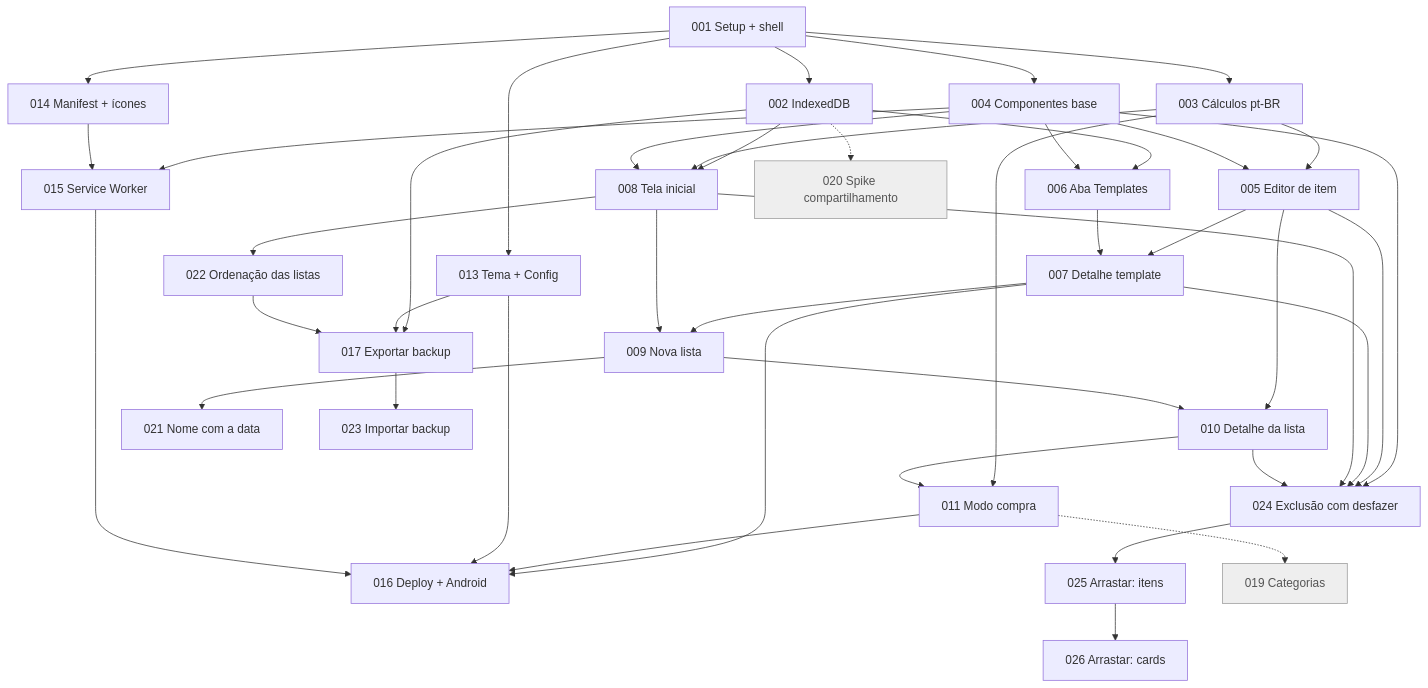
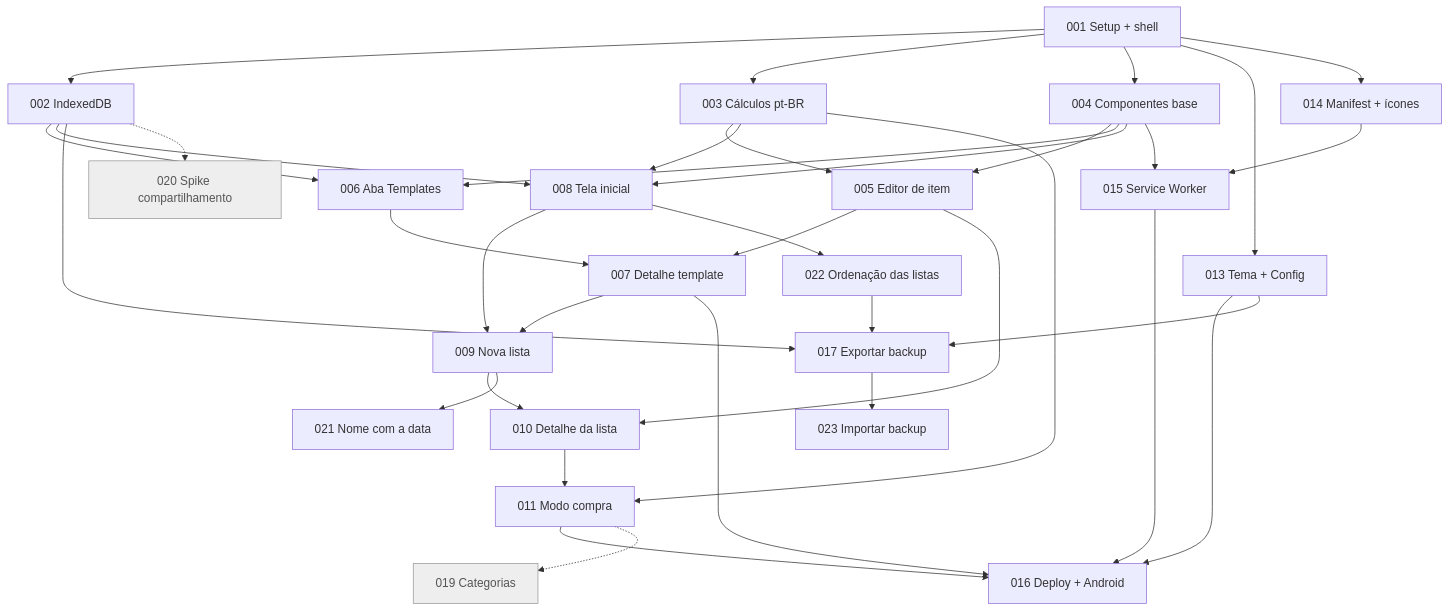
One commit to thalesAlves758/cestinha changed the diagram in docs/cards/_index.md. Above: the diagram before and after it, drawn with Mermaid. The commit also changed other lines of this file and 14 other files, not shown here.

First line of the commit message:
Versão 0.3.0: descontinua excluir arrastando com "Desfazer"

````diff
--- a/docs/cards/_index.md
+++ b/docs/cards/_index.md
@@ -60,48 +60,41 @@
 ```mermaid
 flowchart TD
     C001[001 Setup + shell] --> C002[002 IndexedDB]
     C001 --> C003[003 Cálculos pt-BR]
     C001 --> C004[004 Componentes base]
     C001 --> C013[013 Tema + Config]
     C001 --> C014[014 Manifest + ícones]
     C003 --> C005[005 Editor de item]
     C004 --> C005
     C002 --> C006[006 Aba Templates]
     C004 --> C006
     C005 --> C007[007 Detalhe template]
     C006 --> C007
     C002 --> C008[008 Tela inicial]
     C003 --> C008
     C004 --> C008
     C007 --> C009[009 Nova lista]
     C008 --> C009
     C005 --> C010[010 Detalhe da lista]
     C009 --> C010
     C003 --> C011[011 Modo compra]
     C010 --> C011
     C004 --> C015[015 Service Worker]
     C014 --> C015
     C007 --> C016[016 Deploy + Android]
     C011 --> C016
     C013 --> C016
     C015 --> C016
     C009 --> C021[021 Nome com a data]
     C008 --> C022[022 Ordenação das listas]
 
     C002 --> C017[017 Exportar backup]
     C013 --> C017
     C022 --> C017
     C017 --> C023[023 Importar backup]
-    C004 --> C024[024 Exclusão com desfazer]
-    C005 --> C024
-    C007 --> C024
-    C008 --> C024
-    C010 --> C024
-    C024 --> C025[025 Arrastar: itens]
-    C025 --> C026[026 Arrastar: cards]
     C011 -.-> C019[019 Categorias]
     C002 -.-> C020[020 Spike compartilhamento]
 
     classDef depois fill:#eee,stroke:#999,color:#555;
     class C019,C020 depois;
 ```
````
